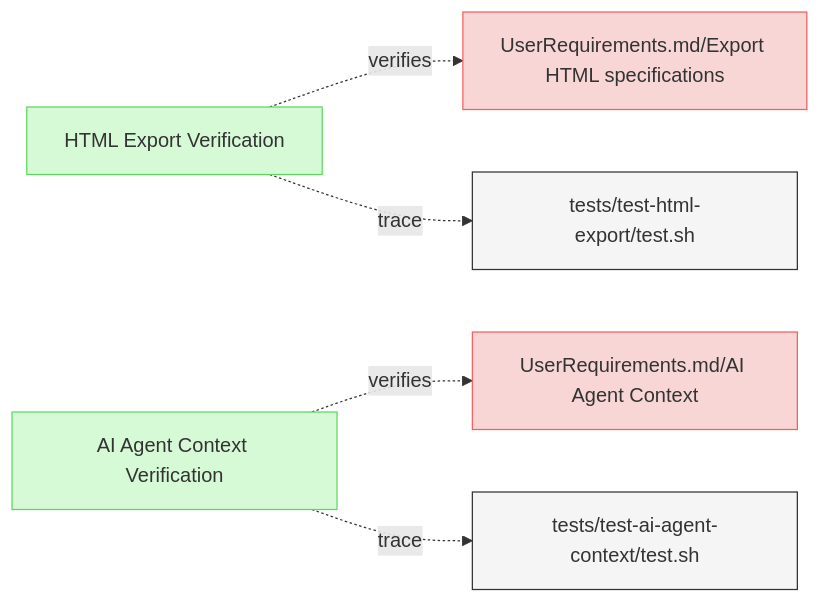
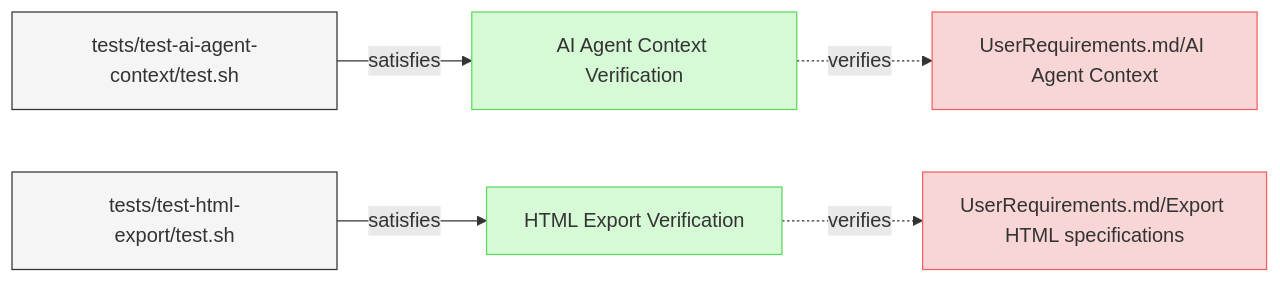
The diagram in specifications/Verifications/Misc.md (reqvire-org/reqvire), drawn with Mermaid before and after one commit. The commit also changed other lines of this file and 16 other files, not shown here.

Commit message:
Use satisfiedBy for test Verifications.

````diff
--- a/specifications/Verifications/Misc.md
+++ b/specifications/Verifications/Misc.md
@@ -6,31 +6,31 @@
 ```mermaid
 graph LR;
   %% Graph styling
   classDef requirement fill:#f9d6d6,stroke:#f55f5f,stroke-width:1px;
   classDef verification fill:#d6f9d6,stroke:#5fd75f,stroke-width:1px;
   classDef externalLink fill:#d0e0ff,stroke:#3080ff,stroke-width:1px;
   classDef default fill:#f5f5f5,stroke:#333333,stroke-width:1px;
 
+  3c6410e3387503c0["AI Agent Context Verification"];
+  click 3c6410e3387503c0 "https://github.com/Reqvire/reqvire/blob/30536324899084e88969175e3613c971ffa6e108/specifications/Verifications/Misc.md#ai-agent-context-verification";
+  class 3c6410e3387503c0 verification;
+  7fd9156eac77c270["UserRequirements.md/AI Agent Context"];
+  class 7fd9156eac77c270 requirement;
+  click 7fd9156eac77c270 "https://github.com/Reqvire/reqvire/blob/30536324899084e88969175e3613c971ffa6e108/specifications/UserRequirements.md#ai-agent-context";
+  3c6410e3387503c0 -.->|verifies| 7fd9156eac77c270;
+  6dc663bb31c3eb65["tests/test-ai-agent-context/test.sh"];
+  class 6dc663bb31c3eb65 default;
+  click 6dc663bb31c3eb65 "https://github.com/Reqvire/reqvire/blob/30536324899084e88969175e3613c971ffa6e108/tests/test-ai-agent-context/test.sh";
+  6dc663bb31c3eb65 -->|satisfies| 3c6410e3387503c0;
   ee855bb5e5d1f05b["HTML Export Verification"];
-  click ee855bb5e5d1f05b "https://github.com/Reqvire/reqvire/blob/92e82ef235559b4819fd85d700024b79b452d8e3/specifications/Verifications/Misc.md#html-export-verification";
+  click ee855bb5e5d1f05b "https://github.com/Reqvire/reqvire/blob/30536324899084e88969175e3613c971ffa6e108/specifications/Verifications/Misc.md#html-export-verification";
   class ee855bb5e5d1f05b verification;
   d9686a154fe87b2["UserRequirements.md/Export HTML specifications"];
   class d9686a154fe87b2 requirement;
-  click d9686a154fe87b2 "https://github.com/Reqvire/reqvire/blob/92e82ef235559b4819fd85d700024b79b452d8e3/specifications/UserRequirements.md#export-html-specifications";
+  click d9686a154fe87b2 "https://github.com/Reqvire/reqvire/blob/30536324899084e88969175e3613c971ffa6e108/specifications/UserRequirements.md#export-html-specifications";
   ee855bb5e5d1f05b -.->|verifies| d9686a154fe87b2;
   ca710f5a0e5dfc5d["tests/test-html-export/test.sh"];
   class ca710f5a0e5dfc5d default;
-  click ca710f5a0e5dfc5d "https://github.com/Reqvire/reqvire/blob/92e82ef235559b4819fd85d700024b79b452d8e3/tests/test-html-export/test.sh";
-  ee855bb5e5d1f05b -.->|trace| ca710f5a0e5dfc5d;
-  3c6410e3387503c0["AI Agent Context Verification"];
-  click 3c6410e3387503c0 "https://github.com/Reqvire/reqvire/blob/92e82ef235559b4819fd85d700024b79b452d8e3/specifications/Verifications/Misc.md#ai-agent-context-verification";
-  class 3c6410e3387503c0 verification;
-  7fd9156eac77c270["UserRequirements.md/AI Agent Context"];
-  class 7fd9156eac77c270 requirement;
-  click 7fd9156eac77c270 "https://github.com/Reqvire/reqvire/blob/92e82ef235559b4819fd85d700024b79b452d8e3/specifications/UserRequirements.md#ai-agent-context";
-  3c6410e3387503c0 -.->|verifies| 7fd9156eac77c270;
-  6dc663bb31c3eb65["tests/test-ai-agent-context/test.sh"];
-  class 6dc663bb31c3eb65 default;
-  click 6dc663bb31c3eb65 "https://github.com/Reqvire/reqvire/blob/92e82ef235559b4819fd85d700024b79b452d8e3/tests/test-ai-agent-context/test.sh";
-  3c6410e3387503c0 -.->|trace| 6dc663bb31c3eb65;
+  click ca710f5a0e5dfc5d "https://github.com/Reqvire/reqvire/blob/30536324899084e88969175e3613c971ffa6e108/tests/test-html-export/test.sh";
+  ca710f5a0e5dfc5d -->|satisfies| ee855bb5e5d1f05b;
 ```
````
